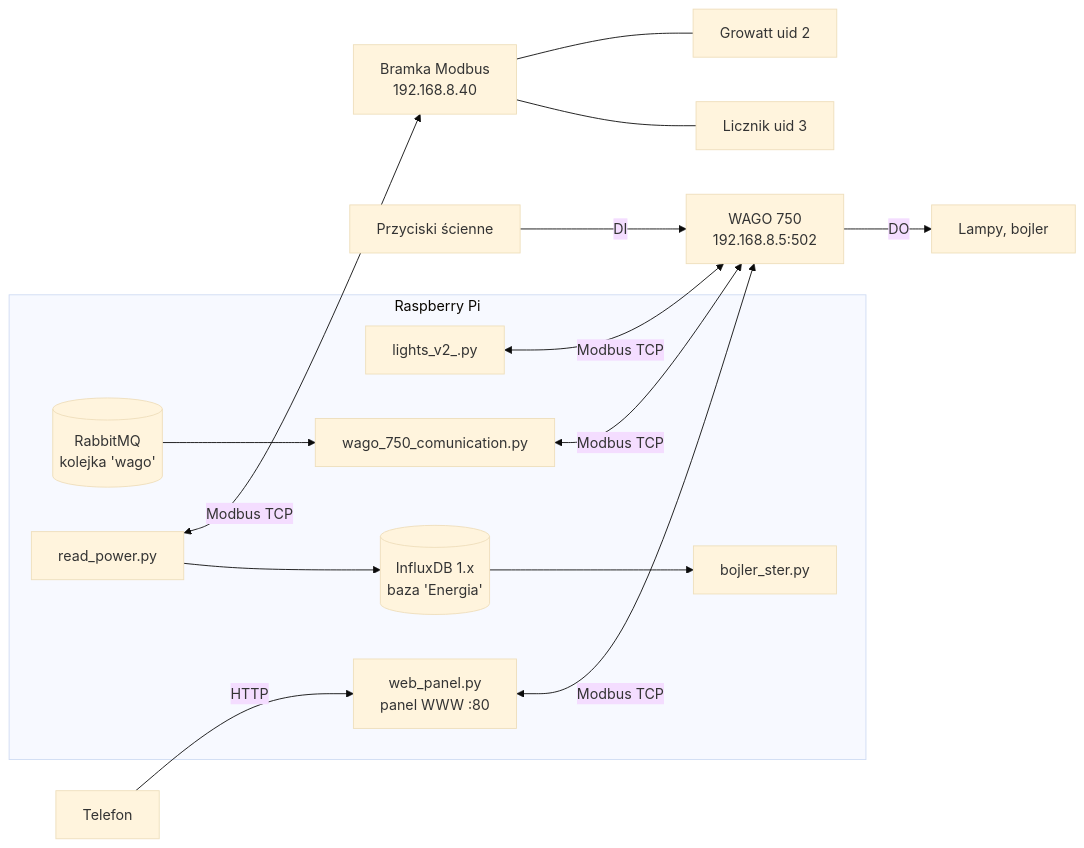
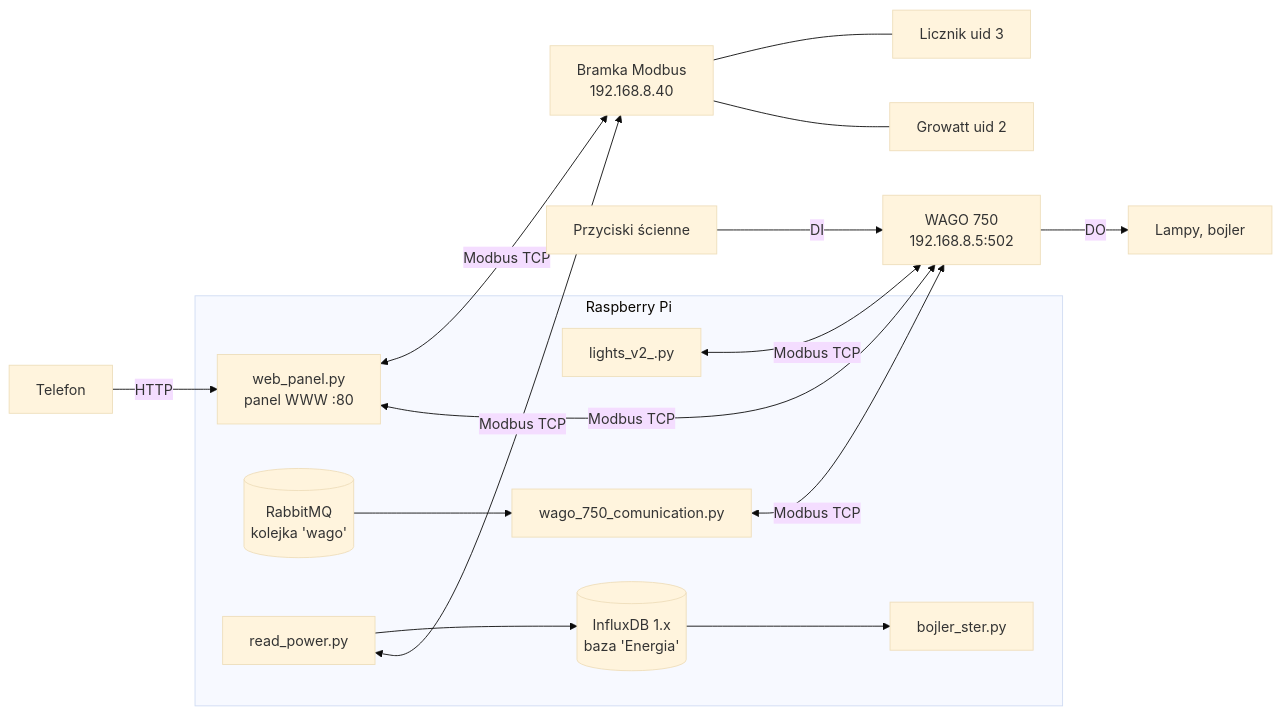
Before and after one commit to PawelRadwan/dzarwisV2: the diagram in README.md, drawn with Mermaid (base theme). The commit also changed other lines of this file and 3 other files, not shown here.

````diff
--- a/README.md
+++ b/README.md
@@ -5,24 +5,25 @@
 ```mermaid
 flowchart LR
     SW[Przyciski ścienne] -->|DI| WAGO[WAGO 750<br/>192.168.8.5:502]
     WAGO -->|DO| L[Lampy, bojler]
     subgraph RPi[Raspberry Pi]
         LIGHTS[lights_v2_.py]
         WEB[web_panel.py<br/>panel WWW :80]
         COMM[wago_750_comunication.py]
         MQ[(RabbitMQ<br/>kolejka 'wago')]
         POWER[read_power.py]
         BOJ[bojler_ster.py]
         DB[(InfluxDB 1.x<br/>baza 'Energia')]
     end
     LIGHTS <-->|Modbus TCP| WAGO
     TEL[Telefon] -->|HTTP| WEB
     WEB <-->|Modbus TCP| WAGO
     COMM <-->|Modbus TCP| WAGO
     MQ --> COMM
     GW[Bramka Modbus<br/>192.168.8.40] --- GRO[Growatt uid 2]
     GW --- MET[Licznik uid 3]
+    WEB <-->|Modbus TCP| GW
     POWER <-->|Modbus TCP| GW
     POWER --> DB
     DB --> BOJ
 ```
````
